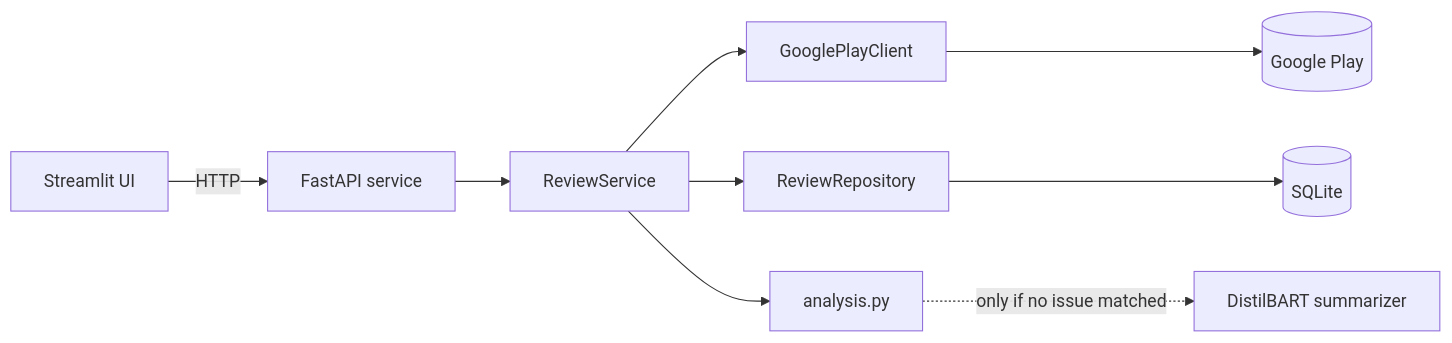
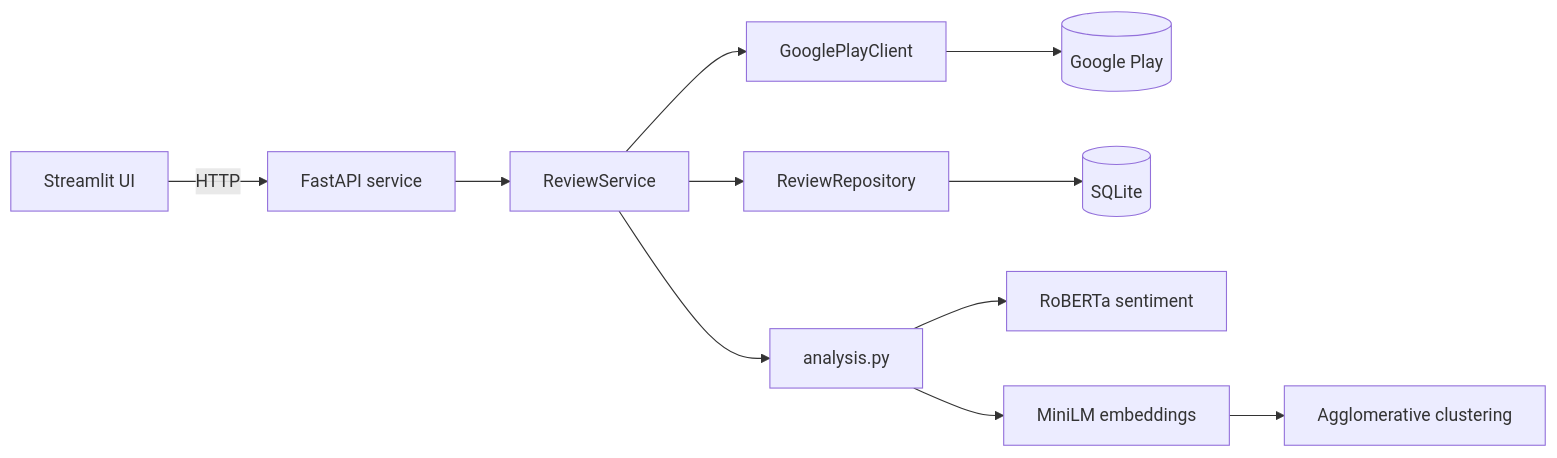
One commit to Dreem-R/PlayStore-review-analyzer changed the diagram in README.md. Above: the diagram before and after it, drawn with Mermaid. The commit also changed other lines of this file, not shown here.

Commit message:
docs: document the analysis pipeline and evaluation results

````diff
--- a/README.md
+++ b/README.md
@@ -11,9 +16,10 @@
 ```mermaid
 flowchart LR
     UI[Streamlit UI] -->|HTTP| API[FastAPI service]
     API --> Service[ReviewService]
     Service --> Scraper[GooglePlayClient] --> Play[(Google Play)]
     Service --> Repo[ReviewRepository] --> DB[(SQLite)]
     Service --> Analysis[analysis.py]
-    Analysis -.->|only if no issue matched| Model[DistilBART summarizer]
+    Analysis --> Sentiment[RoBERTa sentiment]
+    Analysis --> Embedder[MiniLM embeddings] --> Clusters[Agglomerative clustering]
 ```
````
